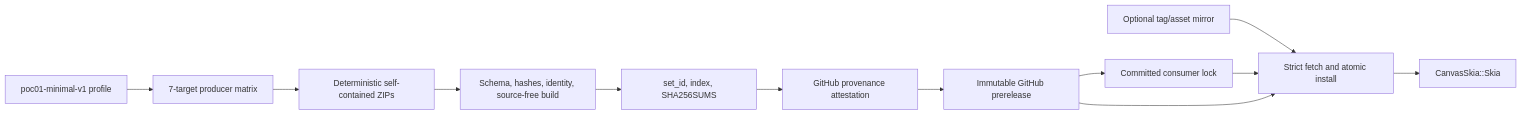
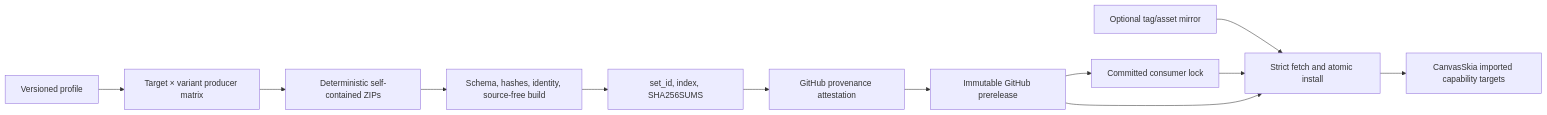
The diagram in docs/architecture/SKIA_SDK_SUPPLY_CHAIN.md (Mostorm-Labs/Axiom), drawn with Mermaid before and after one commit. The commit also changed other lines of this file and 38 other files, not shown here.

First line of the commit message:
build: add R1 full Skia SDK matrix (#26)

````diff
--- a/docs/architecture/SKIA_SDK_SUPPLY_CHAIN.md
+++ b/docs/architecture/SKIA_SDK_SUPPLY_CHAIN.md
@@ -17,14 +24,14 @@
 ```mermaid
 flowchart LR
-  Profile["poc01-minimal-v1 profile"] --> Matrix["7-target producer matrix"]
+  Profile["Versioned profile"] --> Matrix["Target × variant producer matrix"]
   Matrix --> Package["Deterministic self-contained ZIPs"]
   Package --> Verify["Schema, hashes, identity, source-free build"]
   Verify --> Aggregate["set_id, index, SHA256SUMS"]
   Aggregate --> Attest["GitHub provenance attestation"]
   Attest --> Release["Immutable GitHub prerelease"]
   Release --> Lock["Committed consumer lock"]
   Mirror["Optional tag/asset mirror"] --> Fetch["Strict fetch and atomic install"]
   Lock --> Fetch
   Release --> Fetch
-  Fetch --> CMake["CanvasSkia::Skia"]
+  Fetch --> CMake["CanvasSkia imported capability targets"]
 ```
````
